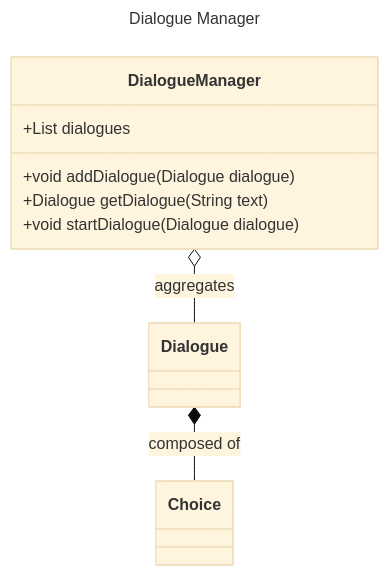
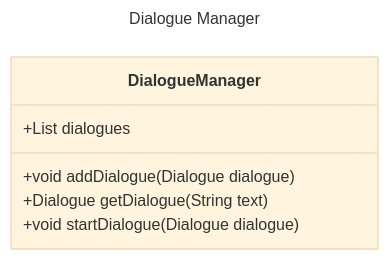
Before and after one commit to pacalso-jjc/2425-2nd-cc3-1e-rpg: the diagram in DialogueManager.md, drawn with Mermaid (base theme).

````diff
--- a/DialogueManager.md
+++ b/DialogueManager.md
@@ -1,21 +1,12 @@
 ```mermaid
 ---
 title: Dialogue Manager
 ---
 classDiagram
     class DialogueManager {
         +List<Dialogue> dialogues
         +void addDialogue(Dialogue dialogue)
         +Dialogue getDialogue(String text)
         +void startDialogue(Dialogue dialogue)
     }
-
-    class Dialogue {
-    }
-
-    class Choice {
-    }
-
-    DialogueManager  o--  Dialogue : aggregates
-    Dialogue  *--  Choice : composed of
 ```
````
